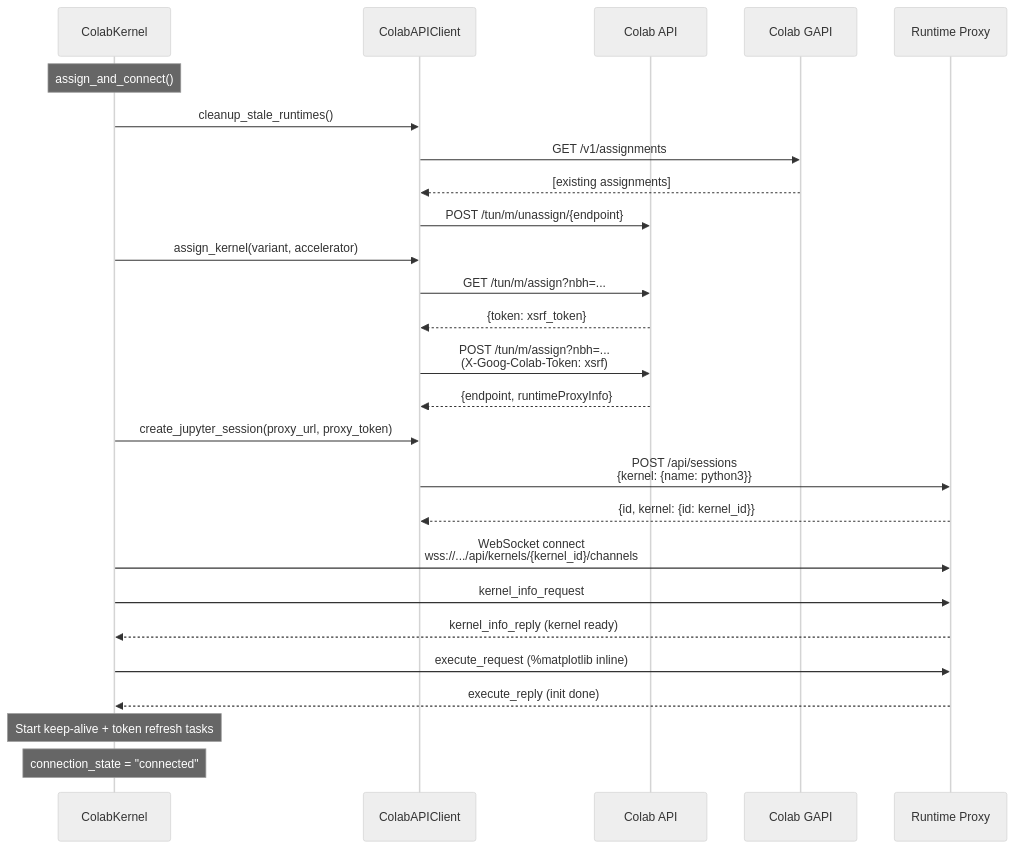
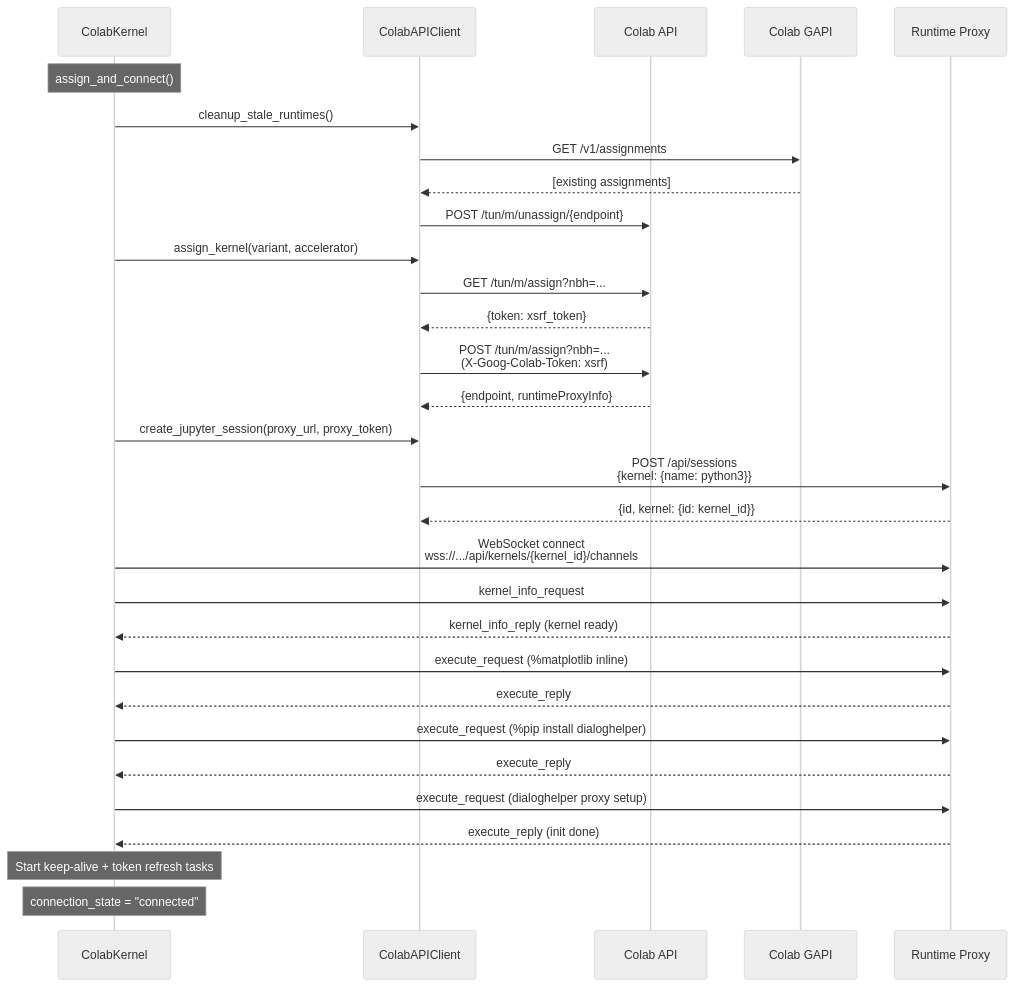
One commit to sgaseretto/solveish changed the fifth of 9 diagrams in docs/how_it_works/12_colab_kernel.md. Above: the diagram before and after it, drawn with Mermaid (neutral theme). The commit also changed other lines of this file and 25 other files, not shown here.

````diff
--- a/docs/how_it_works/12_colab_kernel.md
+++ b/docs/how_it_works/12_colab_kernel.md
@@ -200,36 +200,40 @@
 ```mermaid
 sequenceDiagram
     participant CK as ColabKernel
     participant API as ColabAPIClient
     participant CA as Colab API
     participant GP as Colab GAPI
     participant RT as Runtime Proxy
 
     Note over CK: assign_and_connect()
 
     CK->>API: cleanup_stale_runtimes()
     API->>GP: GET /v1/assignments
     GP-->>API: [existing assignments]
     API->>CA: POST /tun/m/unassign/{endpoint}
 
     CK->>API: assign_kernel(variant, accelerator)
     API->>CA: GET /tun/m/assign?nbh=...
     CA-->>API: {token: xsrf_token}
     API->>CA: POST /tun/m/assign?nbh=...<br/>(X-Goog-Colab-Token: xsrf)
     CA-->>API: {endpoint, runtimeProxyInfo}
 
     CK->>API: create_jupyter_session(proxy_url, proxy_token)
     API->>RT: POST /api/sessions<br/>{kernel: {name: python3}}
     RT-->>API: {id, kernel: {id: kernel_id}}
 
     CK->>RT: WebSocket connect<br/>wss://.../api/kernels/{kernel_id}/channels
 
     CK->>RT: kernel_info_request
     RT-->>CK: kernel_info_reply (kernel ready)
 
     CK->>RT: execute_request (%matplotlib inline)
+    RT-->>CK: execute_reply
+    CK->>RT: execute_request (%pip install dialoghelper)
+    RT-->>CK: execute_reply
+    CK->>RT: execute_request (dialoghelper proxy setup)
     RT-->>CK: execute_reply (init done)
 
     Note over CK: Start keep-alive + token refresh tasks
     Note over CK: connection_state = "connected"
 ```
````
